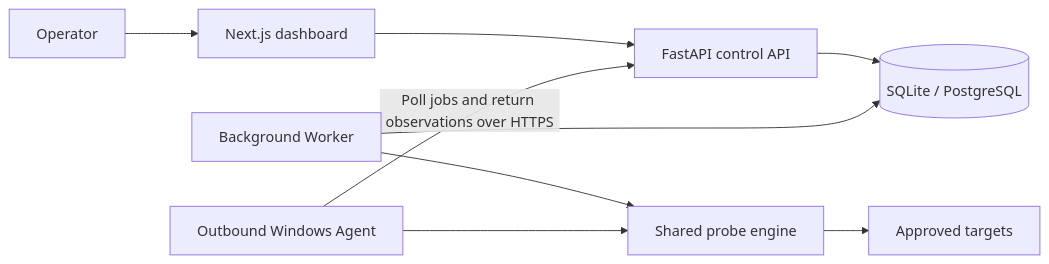
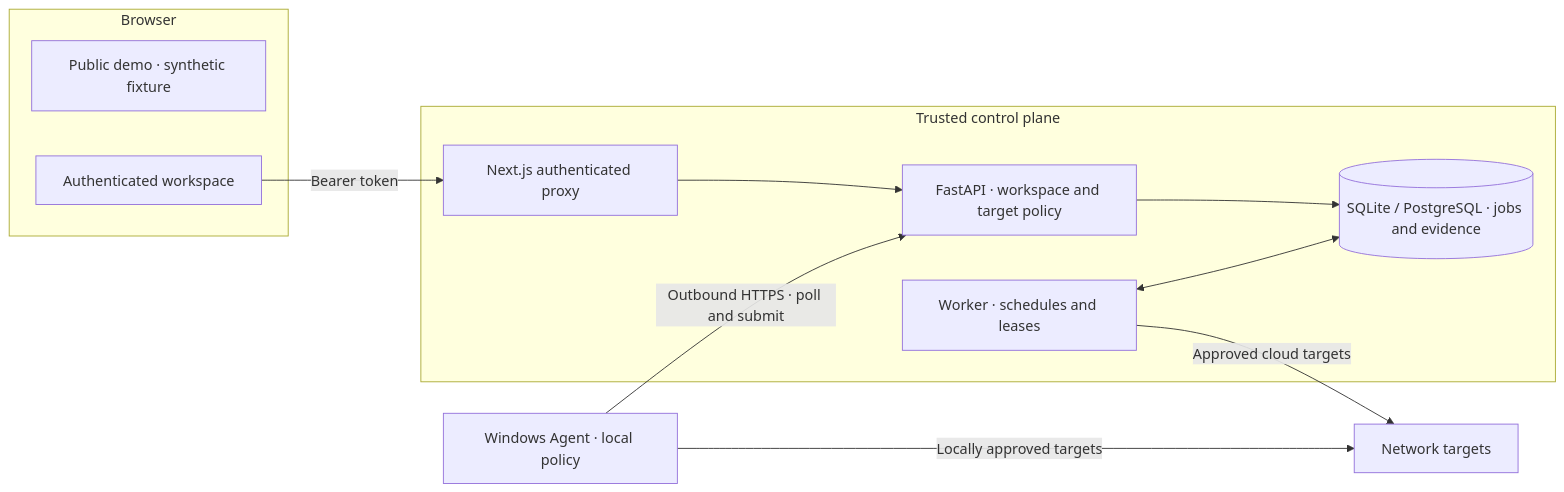
One commit to TYF009/NetGuardian changed the second of 2 diagrams in README.md. Above: the diagram before and after it, drawn with Mermaid. The commit also changed other lines of this file and 9 other files, not shown here.

````diff
--- a/README.md
+++ b/README.md
@@ -37,11 +61,16 @@
 ```mermaid
 flowchart LR
-    Operator --> Web["Next.js dashboard"]
-    Web --> API["FastAPI control API"]
-    API --> DB[("SQLite / PostgreSQL")]
-    Worker["Background Worker"] --> DB
-    Worker --> Engine["Shared probe engine"]
-    Agent["Outbound Windows Agent"] -->|"Poll jobs and return observations over HTTPS"| API
-    Agent --> Engine
-    Engine --> Targets["Approved targets"]
+    subgraph Browser
+      D["Public demo · synthetic fixture"]
+      U["Authenticated workspace"]
+    end
+    subgraph Control["Trusted control plane"]
+      W["Next.js authenticated proxy"] --> API["FastAPI · workspace and target policy"]
+      API --> DB[("SQLite / PostgreSQL · jobs and evidence")]
+      R["Worker · schedules and leases"] <--> DB
+    end
+    U -->|"Bearer token"| W
+    AG["Windows Agent · local policy"] -->|"Outbound HTTPS · poll and submit"| API
+    R -->|"Approved cloud targets"| T["Network targets"]
+    AG -->|"Locally approved targets"| T
 ```
````
